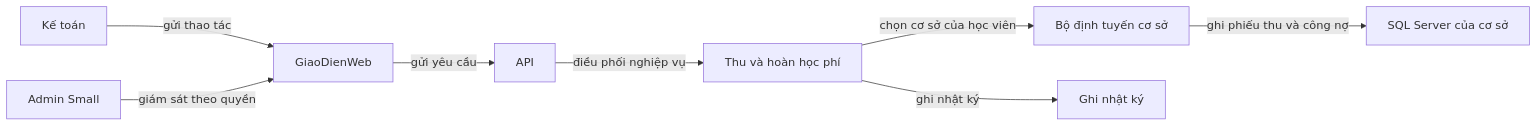
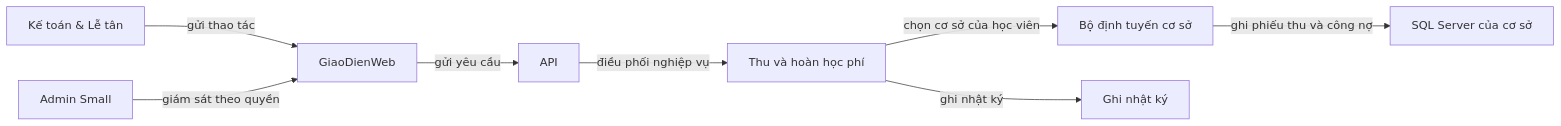
One commit to Quochieu2005/language-center-management changed the tenth of 23 diagrams in README.md. Above: the diagram before and after it, drawn with Mermaid. The commit also changed other lines of this file and 23 other files, not shown here.

Commit message:
feat(roles): gộp kế toán lễ tân và cấp quyền blog cho tư vấn

````diff
--- a/README.md
+++ b/README.md
@@ -345,10 +344,10 @@
 ```mermaid
 flowchart LR
-    KeToan["Kế toán"] -->|gửi thao tác| GiaoDienWeb["GiaoDienWeb"]
+    KeToan["Kế toán & Lễ tân"] -->|gửi thao tác| GiaoDienWeb["GiaoDienWeb"]
     GiaoDienWeb["GiaoDienWeb"] -->|gửi yêu cầu| API["API"]
     API["API"] -->|điều phối nghiệp vụ| ThuHoanHocPhi["Thu và hoàn học phí"]
     ThuHoanHocPhi["Thu và hoàn học phí"] -->|chọn cơ sở của học viên| SiteRouter["Bộ định tuyến cơ sở"]
     SiteRouter["Bộ định tuyến cơ sở"] -->|ghi phiếu thu và công nợ| SQLServer_CSDL_Site["SQL Server của cơ sở"]
     Admin_Small["Admin Small"] -->|giám sát theo quyền| GiaoDienWeb["GiaoDienWeb"]
     ThuHoanHocPhi["Thu và hoàn học phí"] -->|ghi nhật ký| GhiNhatKy["Ghi nhật ký"]
 ```
````
